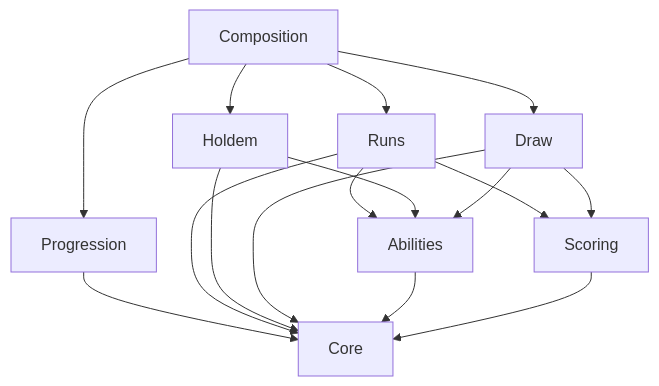
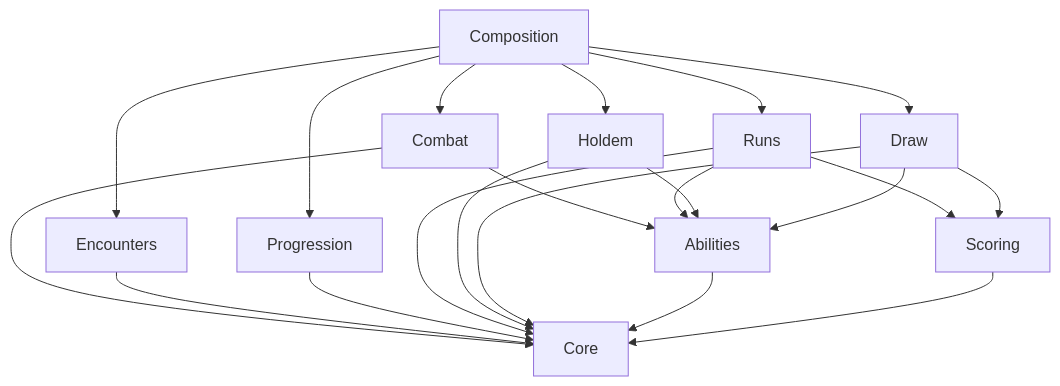
Before and after one commit to Kaya-s-Casino-Group/Texas-Holdem: the diagram in Assets/PokerEngine/README.md, drawn with Mermaid. The commit also changed other lines of this file and 9 other files, not shown here.

````diff
--- a/Assets/PokerEngine/README.md
+++ b/Assets/PokerEngine/README.md
@@ -20,18 +24,23 @@
 ```mermaid
 graph TD
     Composition --> Runs
     Composition --> Progression
+    Composition --> Combat
+    Combat --> Core
+    Combat --> Abilities
+    Composition --> Encounters
+    Encounters --> Core
     Progression --> Core
     Composition --> Holdem
     Composition --> Draw
     Runs --> Abilities
     Runs --> Scoring
     Runs --> Core
     Holdem --> Abilities
     Holdem --> Core
     Draw --> Abilities
     Draw --> Scoring
     Draw --> Core
     Abilities --> Core
     Scoring --> Core
 ```
````
